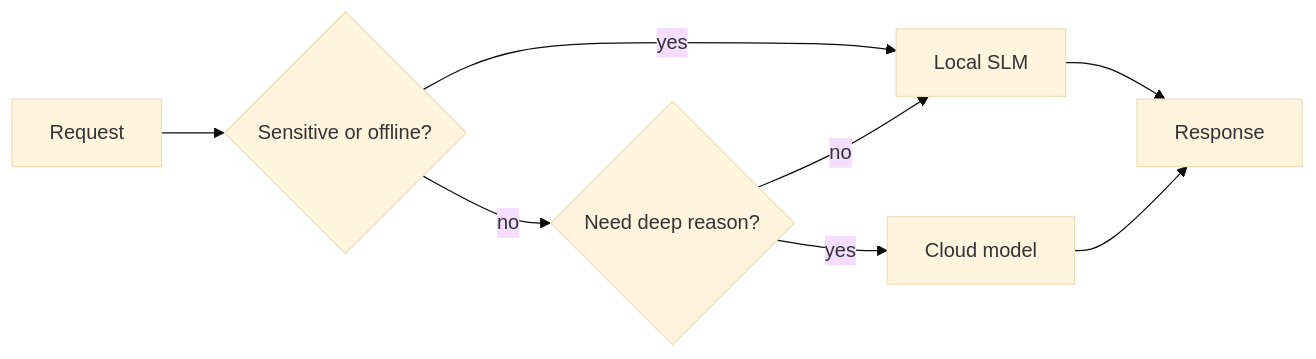
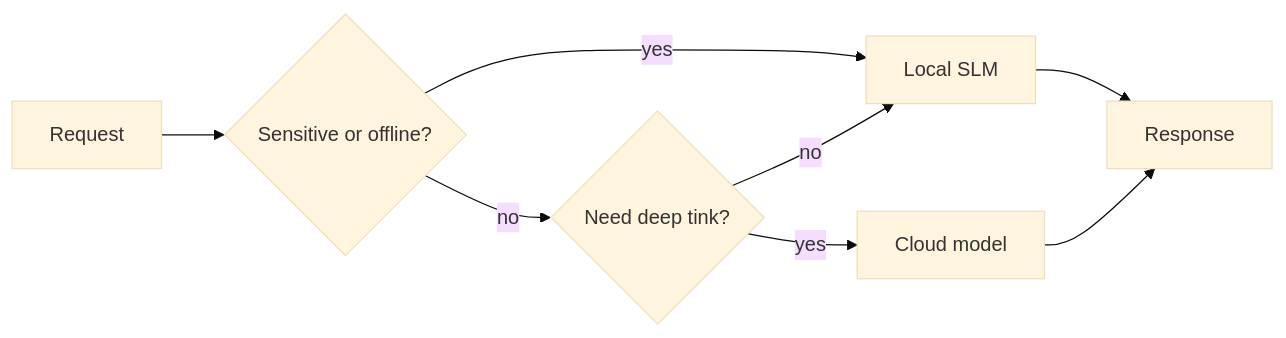
One commit to gabrielmoreira/agent-skills-mirror changed the fourth of 4 diagrams in mirrors/repos/microsoft@ai-agents-for-beginners/translations/pcm/17-creating-local-ai-agents/README.md. Above: the diagram before and after it, drawn with Mermaid (base theme). The commit also changed other lines of this file and 4262 other files, not shown here.

````diff
--- a/mirrors/repos/microsoft@ai-agents-for-beginners/translations/pcm/17-creating-local-ai-agents/README.md
+++ b/mirrors/repos/microsoft@ai-agents-for-beginners/translations/pcm/17-creating-local-ai-agents/README.md
@@ -156,10 +156,10 @@
 ```mermaid
 flowchart LR
     Q[Request] --> S{Sensitive or offline?}
     S -->|yes| L[Local SLM]
-    S -->|no| C{Need deep reason?}
+    S -->|no| C{Need deep tink?}
     C -->|no| L
     C -->|yes| Cloud[Cloud model]
     L --> Out[Response]
     Cloud --> Out
 ```
````
